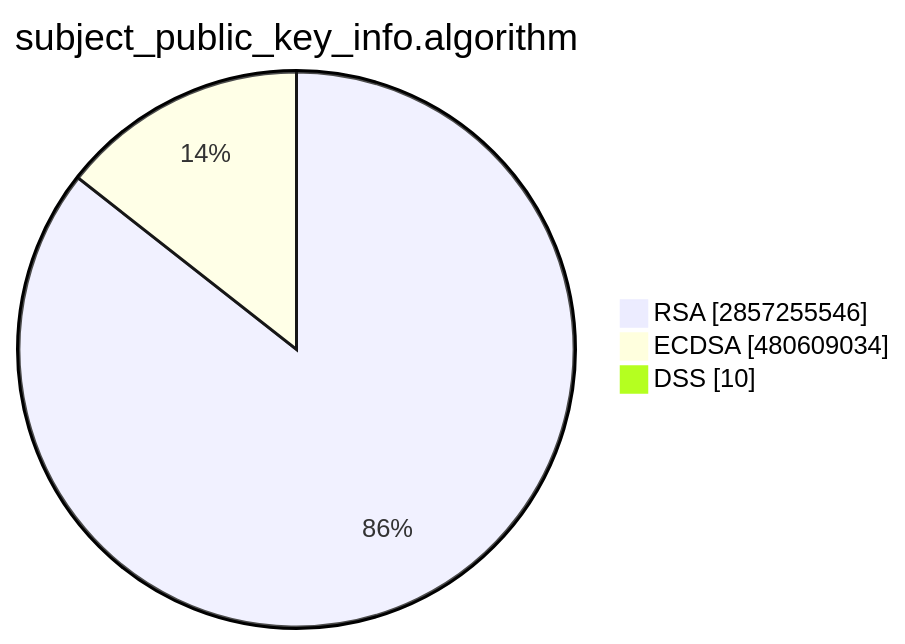
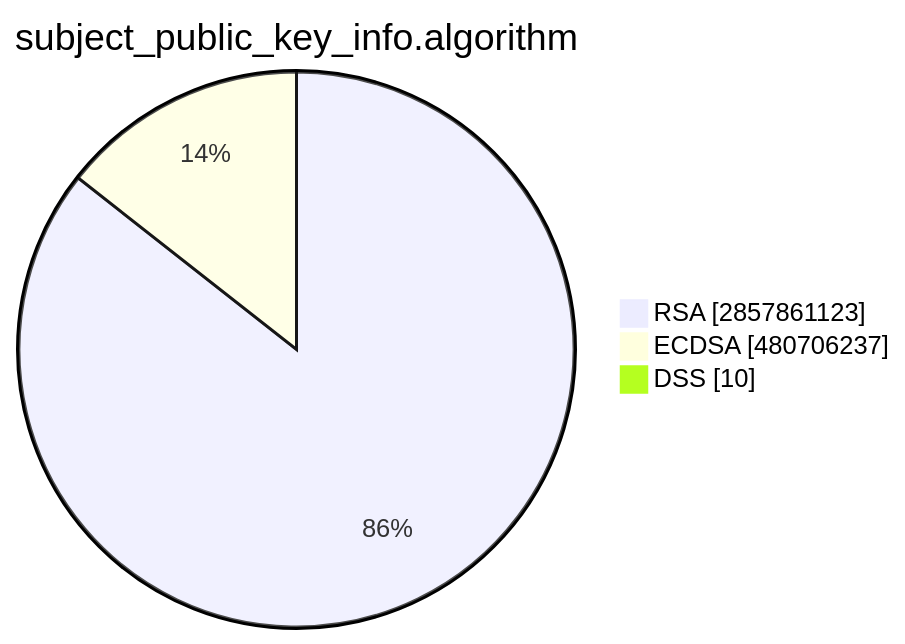
One commit to christiankrug/ctmonitor_visualization changed the second of 15 diagrams in TOTAL/README.md. Above: the diagram before and after it, drawn with Mermaid. The commit also changed other lines of this file, not shown here.

````diff
--- a/TOTAL/README.md
+++ b/TOTAL/README.md
@@ -6,7 +6,7 @@
 ```mermaid
 pie showData
 title subject_public_key_info.algorithm
-"RSA" :2857255546
-"ECDSA" :480609034
+"RSA" :2857861123
+"ECDSA" :480706237
 "DSS" :10
 ```
````
